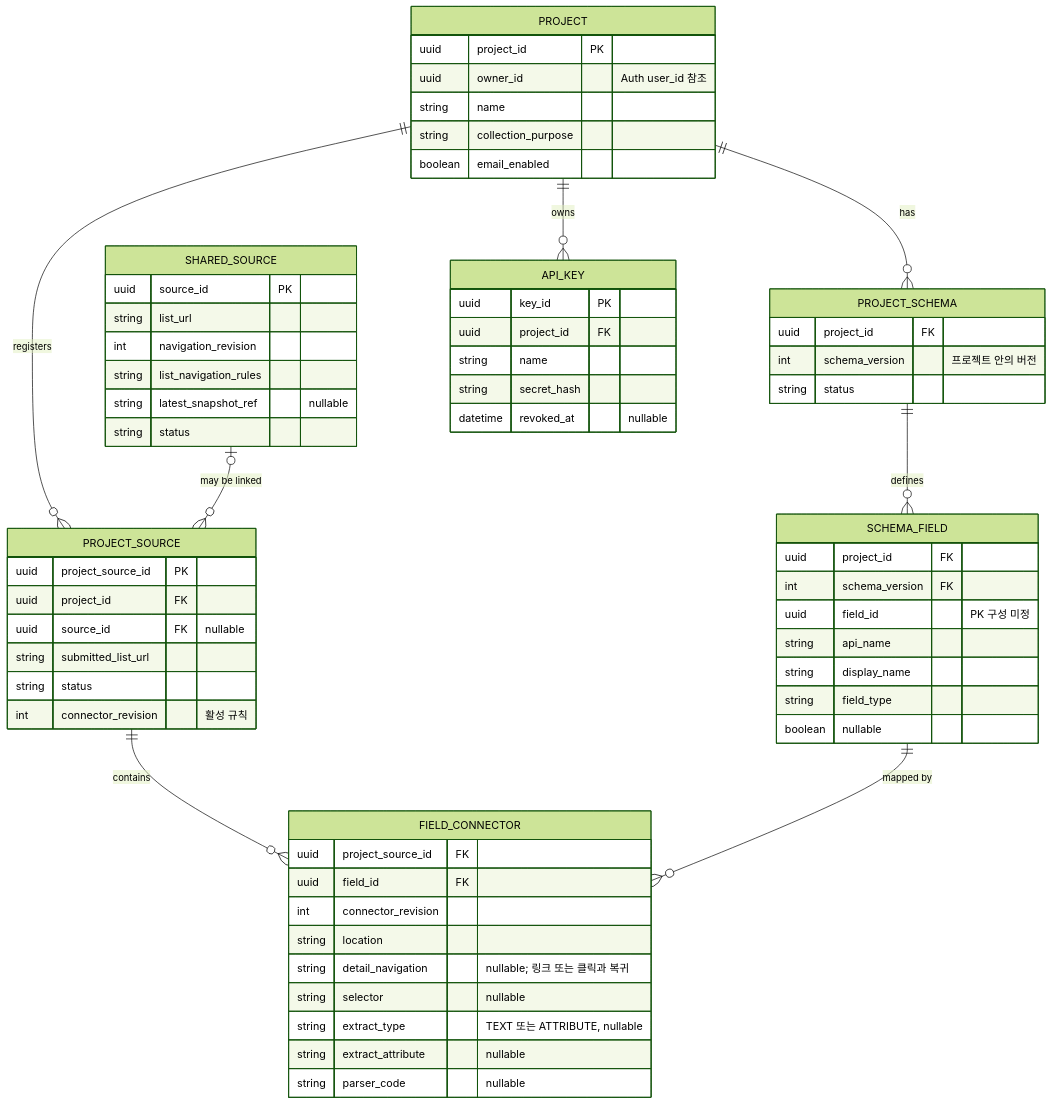
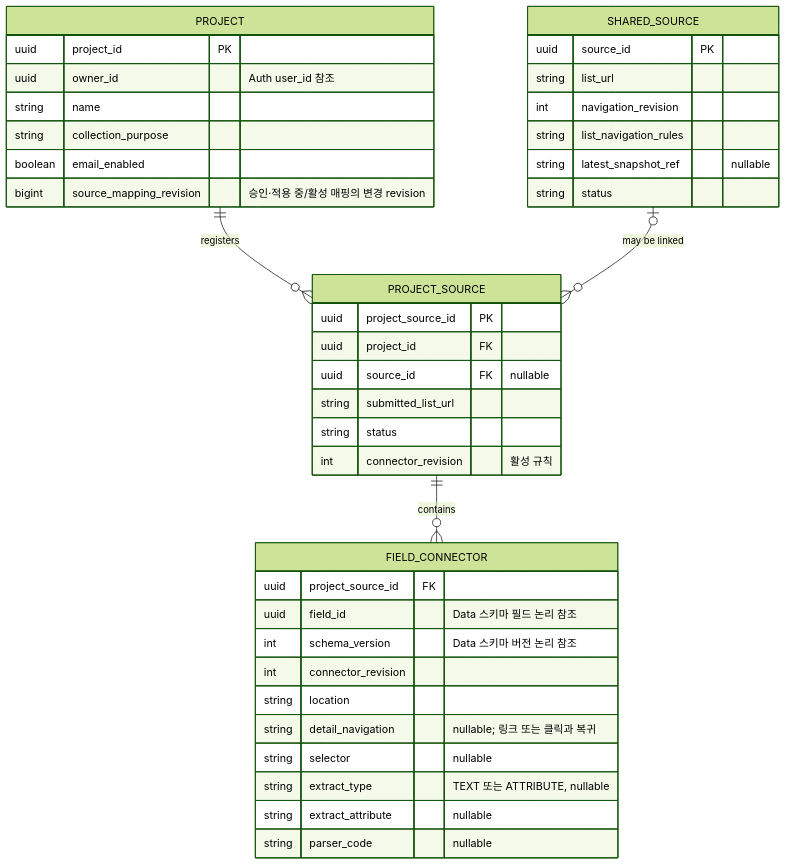
One commit to GecSchool/Weavo changed the second of 4 diagrams in docs/erd-initial-design.md. Above: the diagram before and after it, drawn with Mermaid (forest theme). The commit also changed other lines of this file and 8 other files, not shown here.

````diff
--- a/docs/erd-initial-design.md
+++ b/docs/erd-initial-design.md
@@ -91,67 +92,43 @@
 ```mermaid
 erDiagram
     PROJECT ||--o{ PROJECT_SOURCE : "registers"
     SHARED_SOURCE o|--o{ PROJECT_SOURCE : "may be linked"
-    PROJECT ||--o{ PROJECT_SCHEMA : "has"
-    PROJECT_SCHEMA ||--o{ SCHEMA_FIELD : "defines"
     PROJECT_SOURCE ||--o{ FIELD_CONNECTOR : "contains"
-    SCHEMA_FIELD ||--o{ FIELD_CONNECTOR : "mapped by"
-    PROJECT ||--o{ API_KEY : "owns"
 
     PROJECT {
         uuid project_id PK
         uuid owner_id "Auth user_id 참조"
         string name
         string collection_purpose
         boolean email_enabled
+        bigint source_mapping_revision "승인·적용 중/활성 매핑의 변경 revision"
     }
     PROJECT_SOURCE {
         uuid project_source_id PK
         uuid project_id FK
         uuid source_id FK "nullable"
         string submitted_list_url
         string status
         int connector_revision "활성 규칙"
     }
     SHARED_SOURCE {
         uuid source_id PK
         string list_url
         int navigation_revision
         string list_navigation_rules
         string latest_snapshot_ref "nullable"
         string status
     }
-    PROJECT_SCHEMA {
-        uuid project_id FK
-        int schema_version "프로젝트 안의 버전"
-        string status
-    }
-    SCHEMA_FIELD {
-        uuid project_id FK
-        int schema_version FK
-        uuid field_id "PK 구성 미정"
-        string api_name
-        string display_name
-        string field_type
-        boolean nullable
-    }
     FIELD_CONNECTOR {
         uuid project_source_id FK
-        uuid field_id FK
+        uuid field_id "Data 스키마 필드 논리 참조"
+        int schema_version "Data 스키마 버전 논리 참조"
         int connector_revision
         string location
         string detail_navigation "nullable; 링크 또는 클릭과 복귀"
         string selector "nullable"
         string extract_type "TEXT 또는 ATTRIBUTE, nullable"
         string extract_attribute "nullable"
         string parser_code "nullable"
     }
-
-    API_KEY {
-        uuid key_id PK
-        uuid project_id FK
-        string name
-        string secret_hash
-        datetime revoked_at "nullable"
-    }
 ```
````
